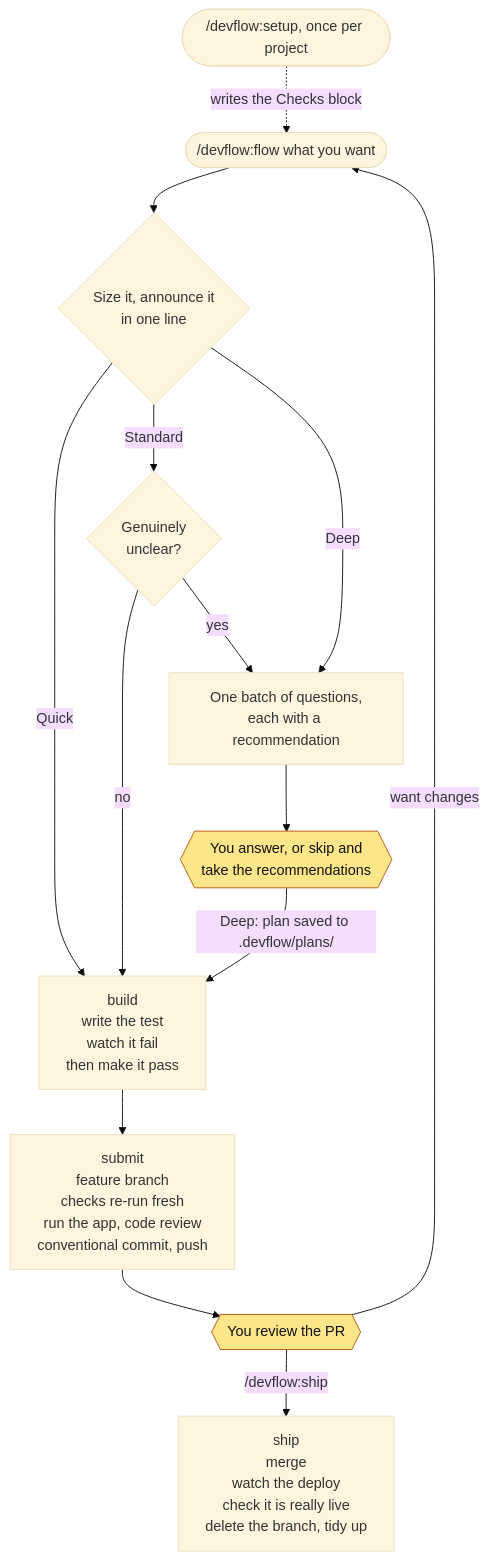
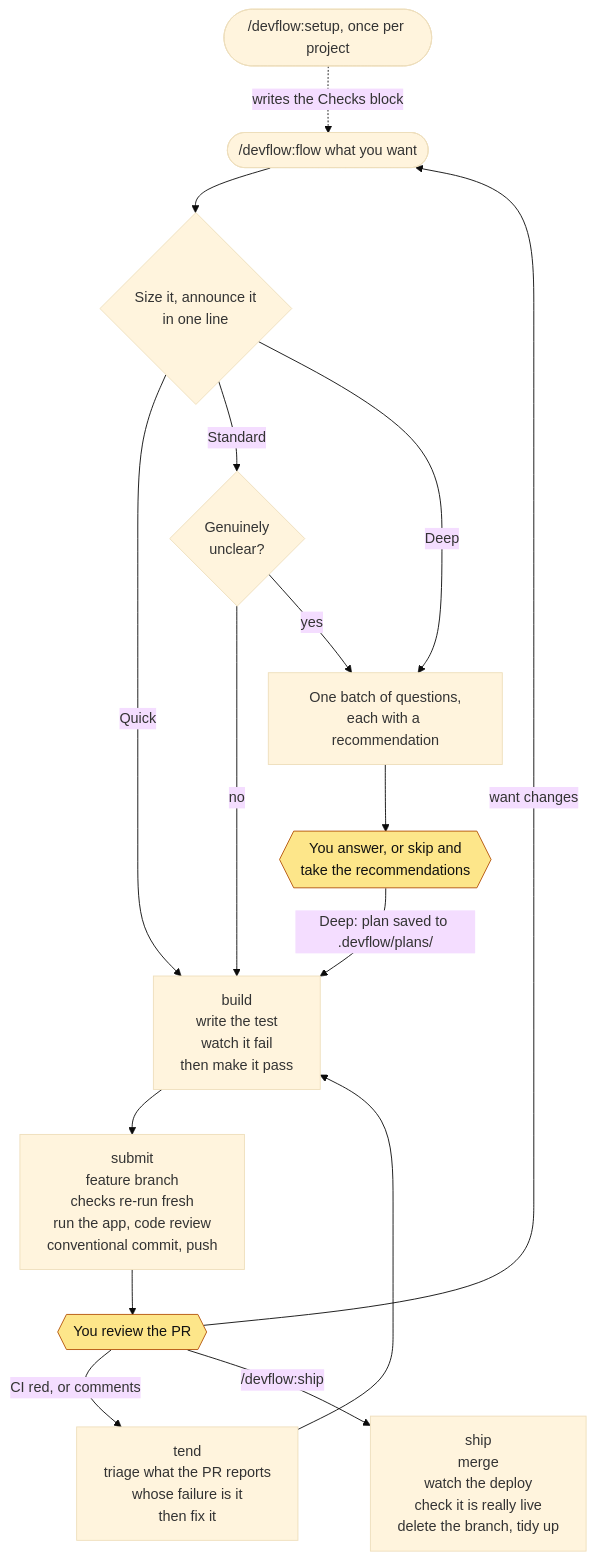
Before and after one commit to eddiechok/agent-devflow: the diagram in README.md, drawn with Mermaid (base theme). The commit also changed other lines of this file and 3 other files, not shown here.

````diff
--- a/README.md
+++ b/README.md
@@ -84,22 +84,24 @@
 ```mermaid
 flowchart TD
     SETUP(["/devflow:setup, once per project"]) -.->|"writes the Checks block"| REQ
     REQ(["/devflow:flow what you want"]) --> SIZE{"Size it, announce it<br/>in one line"}
 
     SIZE -->|Quick| BUILD
     SIZE -->|Standard| CLEAR{"Genuinely<br/>unclear?"}
     SIZE -->|Deep| ASK
     CLEAR -->|no| BUILD
     CLEAR -->|yes| ASK
 
     ASK["One batch of questions,<br/>each with a recommendation"] --> YOU1{{"You answer, or skip and<br/>take the recommendations"}}
     YOU1 -->|"Deep: plan saved to .devflow/plans/"| BUILD
 
     BUILD["build<br/>write the test<br/>watch it fail<br/>then make it pass"] --> SUBMIT["submit<br/>feature branch<br/>checks re-run fresh<br/>run the app, code review<br/>conventional commit, push"]
     SUBMIT --> YOU2{{"You review the PR"}}
     YOU2 -->|"want changes"| REQ
+    YOU2 -->|"CI red, or comments"| TEND["tend<br/>triage what the PR reports<br/>whose failure is it<br/>then fix it"]
+    TEND --> BUILD
     YOU2 -->|"/devflow:ship"| SHIP["ship<br/>merge<br/>watch the deploy<br/>check it is really live<br/>delete the branch, tidy up"]
 
     classDef human fill:#fde68a,stroke:#b45309,color:#111
     class YOU1,YOU2 human
 ```
````
